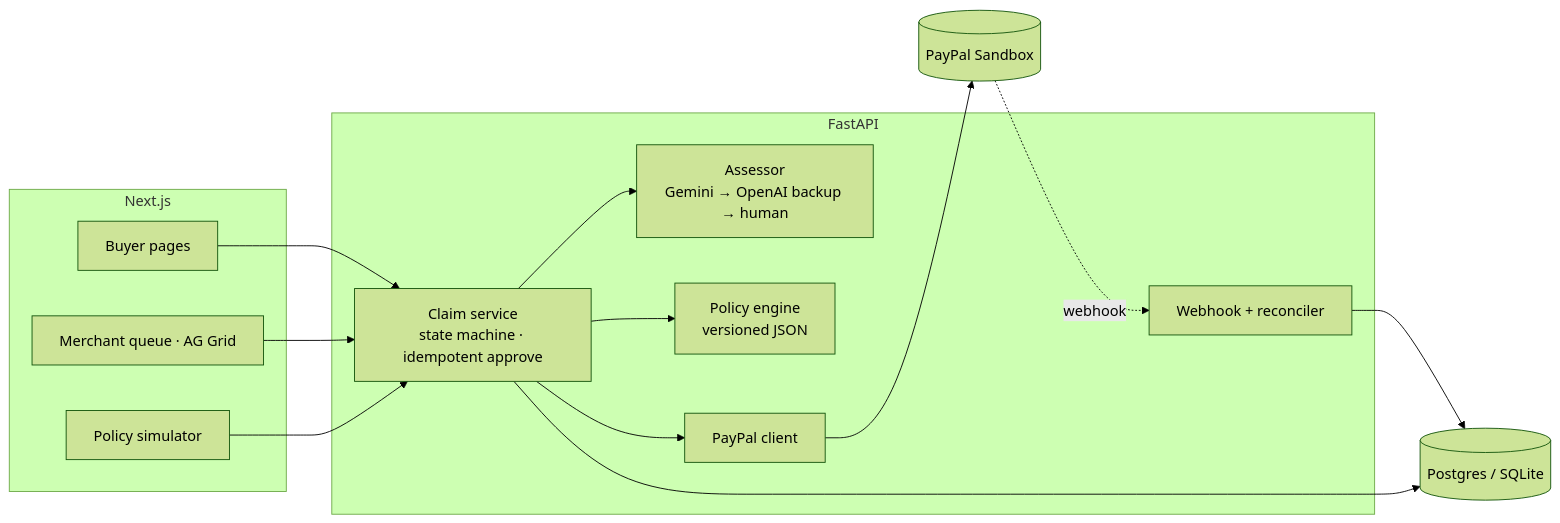
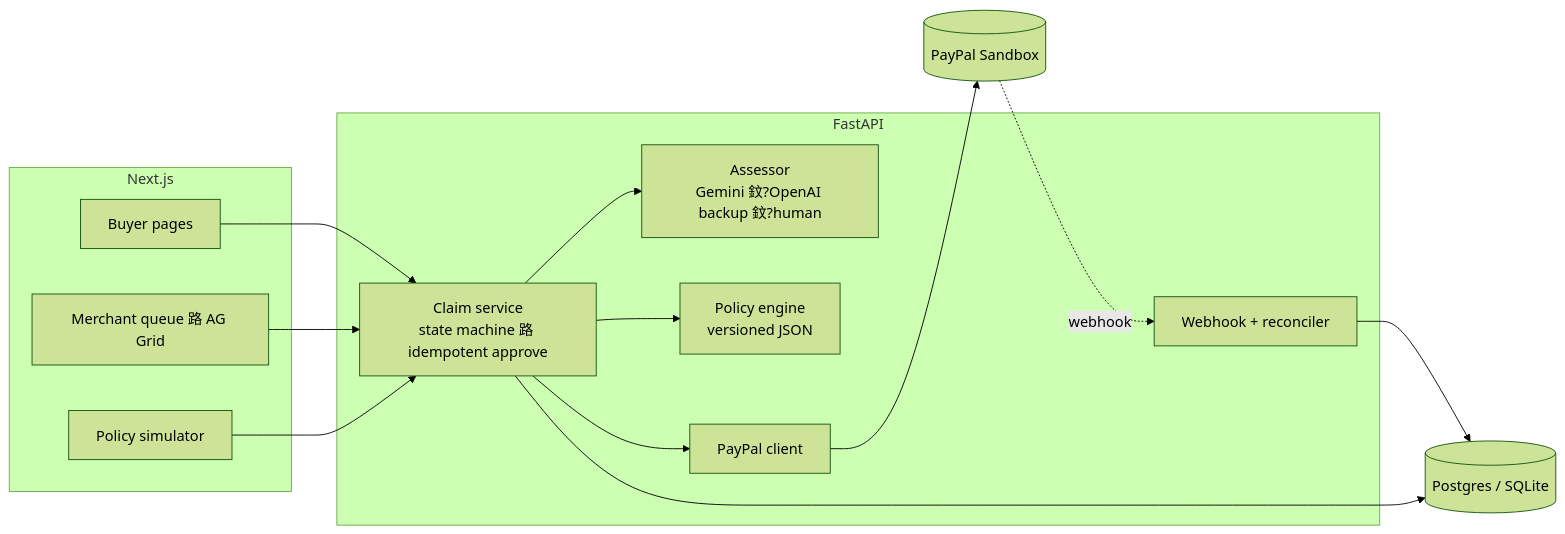
The diagram in README.md (gujguygfuiyf/refundpilot), drawn with Mermaid (forest theme) before and after one commit. The commit also changed other lines of this file and 13 other files, not shown here.

````diff
--- a/README.md
+++ b/README.md
@@ -56,22 +56,22 @@
 ```mermaid
 flowchart LR
     subgraph Web["Next.js"]
         B[Buyer pages]
-        M[Merchant queue · AG Grid]
+        M[Merchant queue 路 AG Grid]
         S[Policy simulator]
     end
     subgraph API["FastAPI"]
-        CS[Claim service<br/>state machine · idempotent approve]
-        AI[Assessor<br/>Gemini → OpenAI backup → human]
+        CS[Claim service<br/>state machine 路 idempotent approve]
+        AI[Assessor<br/>Gemini 鈫?OpenAI backup 鈫?human]
         PE[Policy engine<br/>versioned JSON]
         PP[PayPal client]
         WH[Webhook + reconciler]
     end
     DB[(Postgres / SQLite)]
     B & M & S --> CS
     CS --> AI
     CS --> PE
     CS --> PP --> PAYPAL[(PayPal Sandbox)]
     PAYPAL -. webhook .-> WH --> DB
     CS --> DB
 ```
````
